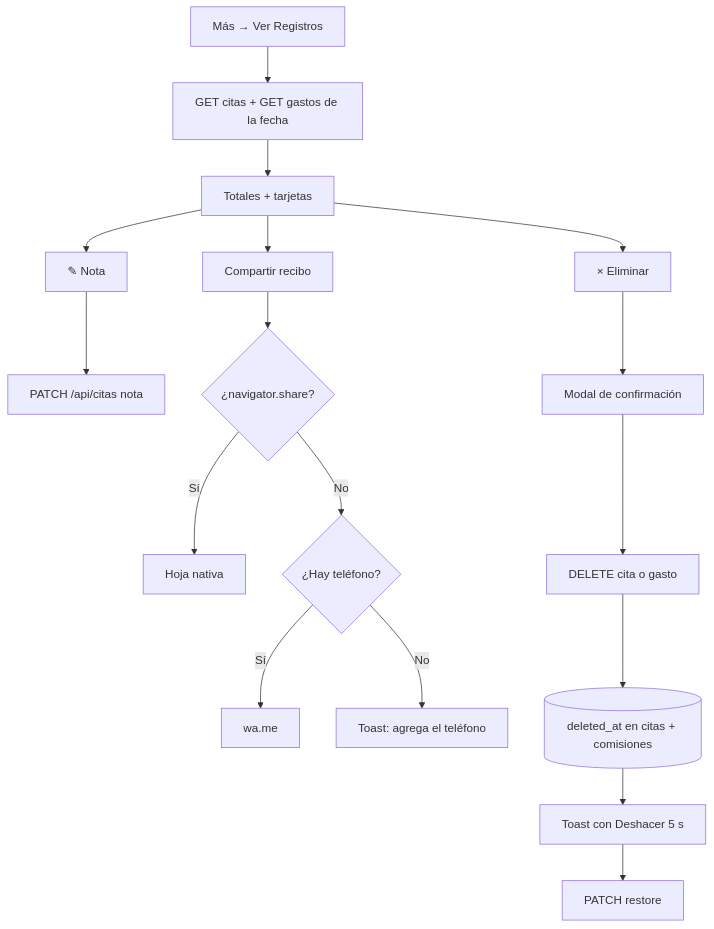
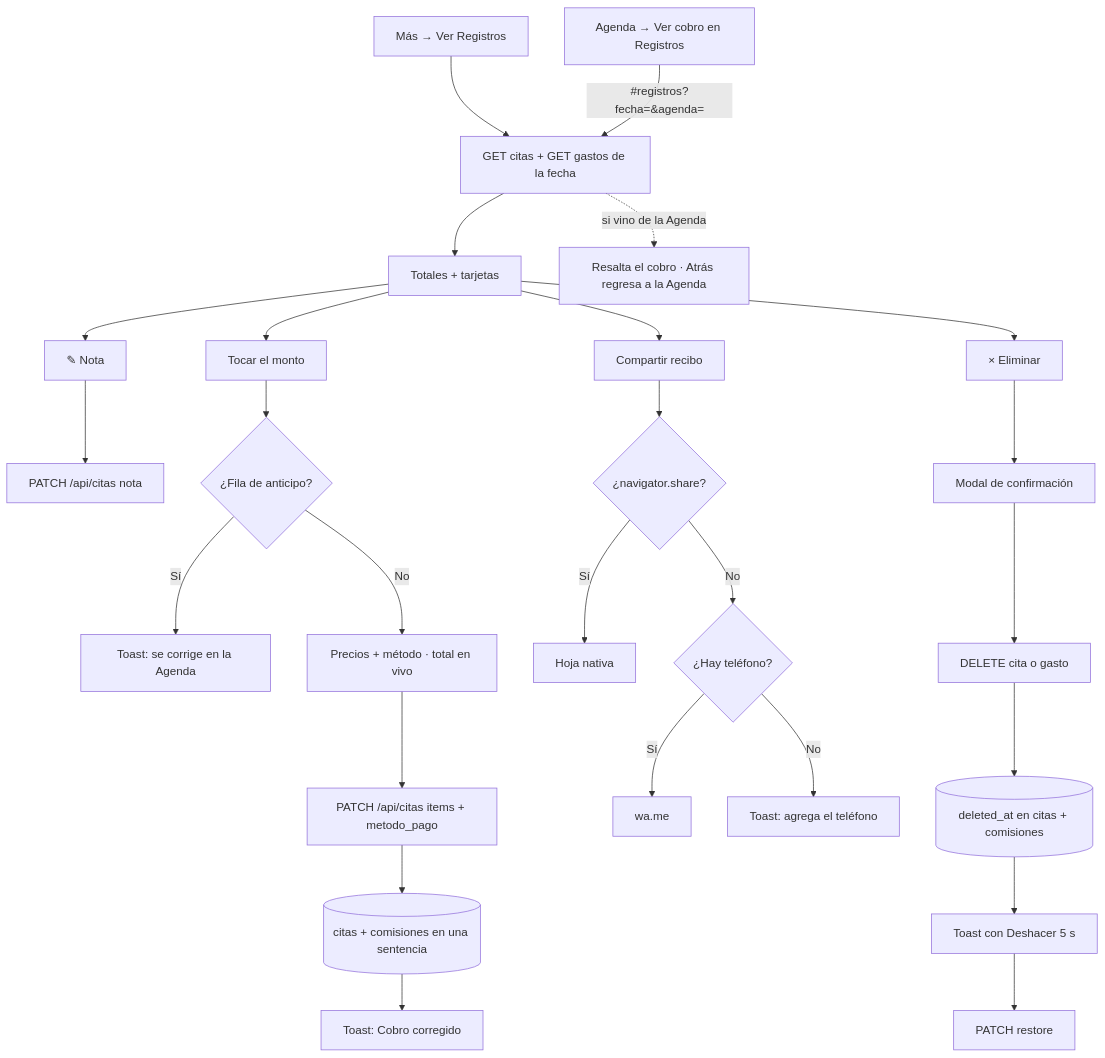
Before and after one commit to jesusangelsr12-dotcom/MarthaRdzApp: the tenth of 14 diagrams in docs/AppFlow.md, drawn with Mermaid. The commit also changed other lines of this file and 19 other files, not shown here.

First line of the commit message:
Editar anticipo en la Agenda, corregir cobros y atajo a Registros (v50)

````diff
--- a/docs/AppFlow.md
+++ b/docs/AppFlow.md
@@ -246,14 +250,20 @@
 ```mermaid
 flowchart TD
   A[Más → Ver Registros] --> B[GET citas + GET gastos de la fecha]
+  A2[Agenda → Ver cobro en Registros] -- "#registros?fecha=&agenda=" --> B
   B --> C[Totales + tarjetas]
+  B -. si vino de la Agenda .-> C0[Resalta el cobro · Atrás regresa a la Agenda]
   C --> D[✎ Nota] --> D1[PATCH /api/citas nota]
+  C --> G[Tocar el monto] --> G1{¿Fila de anticipo?}
+  G1 -- Sí --> G2[Toast: se corrige en la Agenda]
+  G1 -- No --> G3[Precios + método · total en vivo] --> G4[PATCH /api/citas items + metodo_pago]
+  G4 --> G5[(citas + comisiones en una sentencia)] --> G6[Toast: Cobro corregido]
   C --> E[Compartir recibo] --> E1{¿navigator.share?}
   E1 -- Sí --> E2[Hoja nativa]
   E1 -- No --> E3{¿Hay teléfono?}
   E3 -- Sí --> E4[wa.me]
   E3 -- No --> E5[Toast: agrega el teléfono]
   C --> F[× Eliminar] --> F1[Modal de confirmación] --> F2[DELETE cita o gasto]
   F2 --> F3[(deleted_at en citas + comisiones)]
   F3 --> F4[Toast con Deshacer 5 s] --> F5[PATCH restore]
 ```
````
